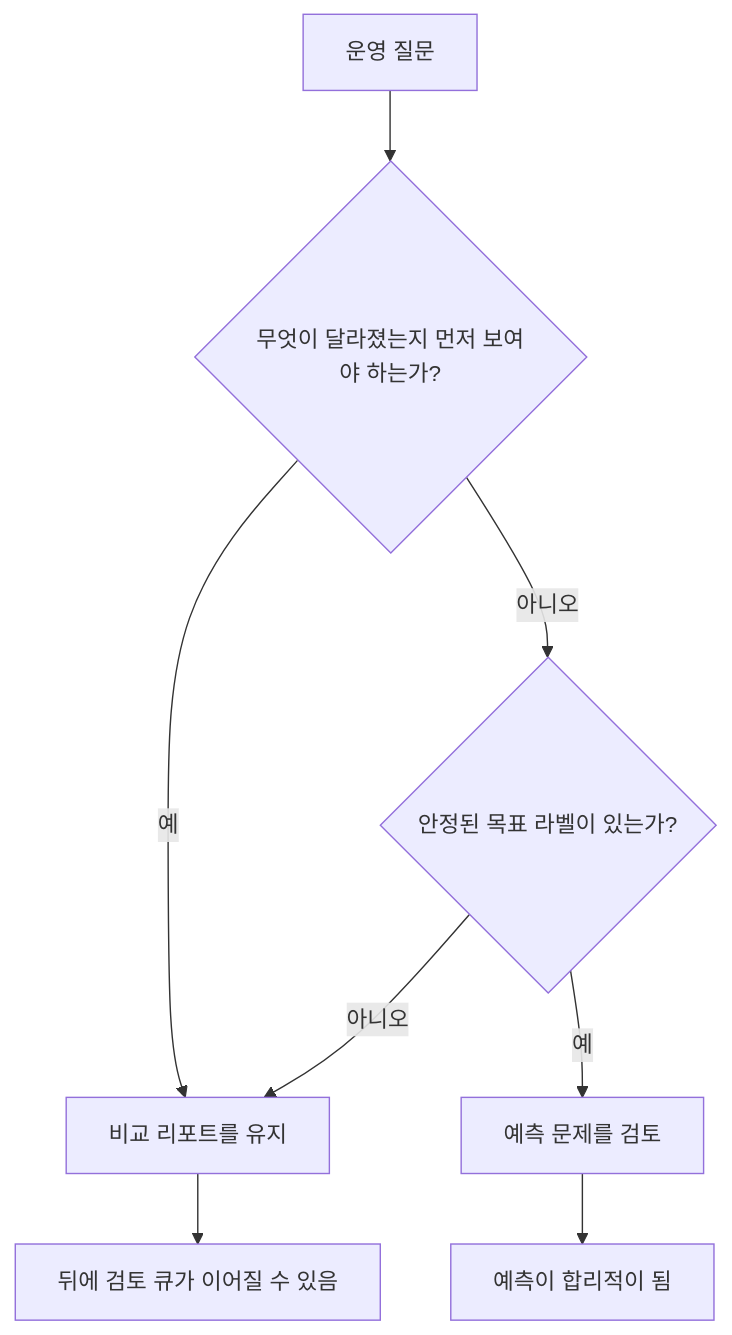
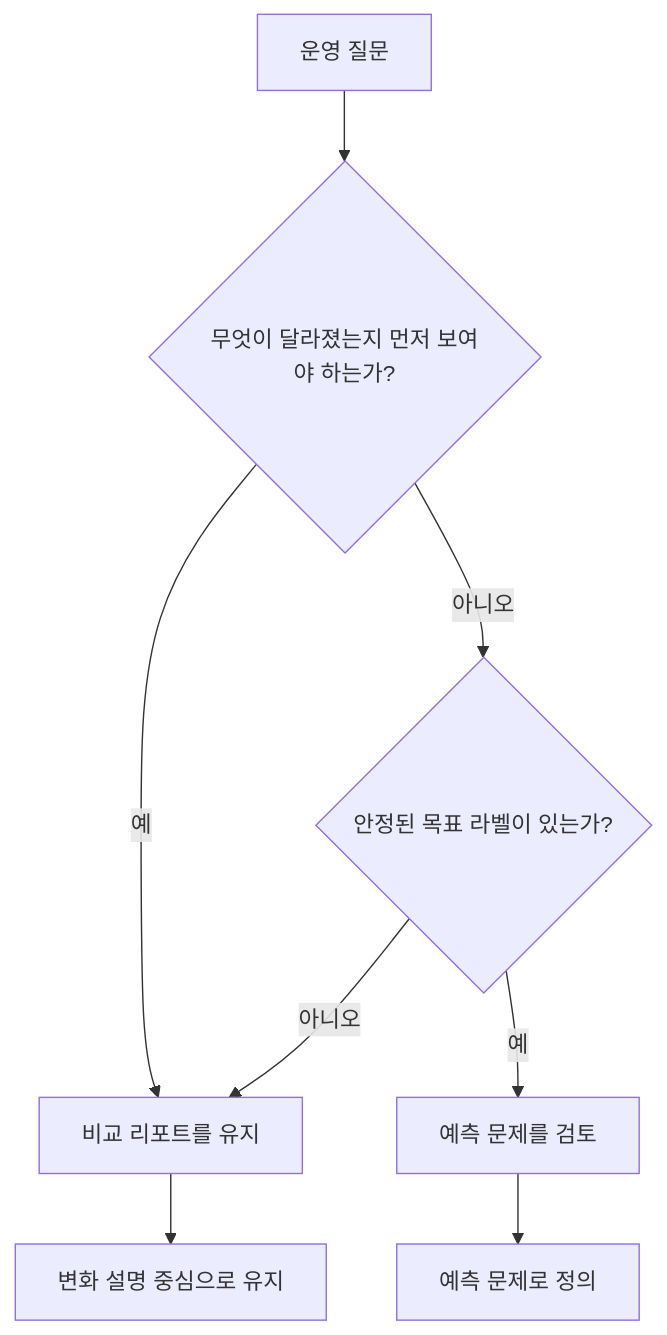
The diagram in docs/parts/part-03/chapter-09/section-02.md (devchan64/AiBook), drawn with Mermaid before and after one commit. The commit also changed other lines of this file and 21 other files, not shown here.

````diff
--- a/docs/parts/part-03/chapter-09/section-02.md
+++ b/docs/parts/part-03/chapter-09/section-02.md
@@ -54,12 +54,12 @@
 ```mermaid
 flowchart TD
     A[운영 질문]
     A --> B{무엇이 달라졌는지 먼저 보여야 하는가?}
     B -->|예| C[비교 리포트를 유지]
     B -->|아니오| D{안정된 목표 라벨이 있는가?}
     D -->|아니오| C
     D -->|예| E[예측 문제를 검토]
 
-    C --> F[뒤에 검토 큐가 이어질 수 있음]
-    E --> G[예측이 합리적이 됨]
+    C --> F[변화 설명 중심으로 유지]
+    E --> G[예측 문제로 정의]
 ```
````
